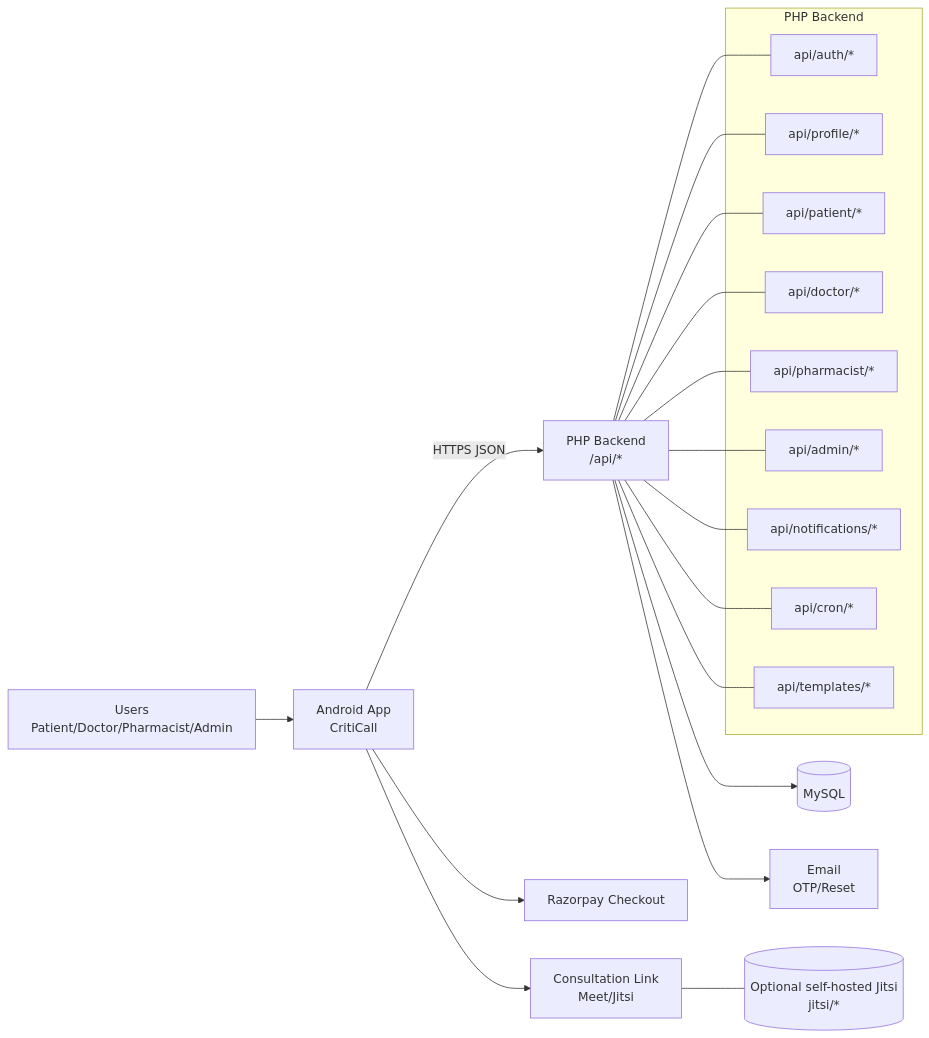
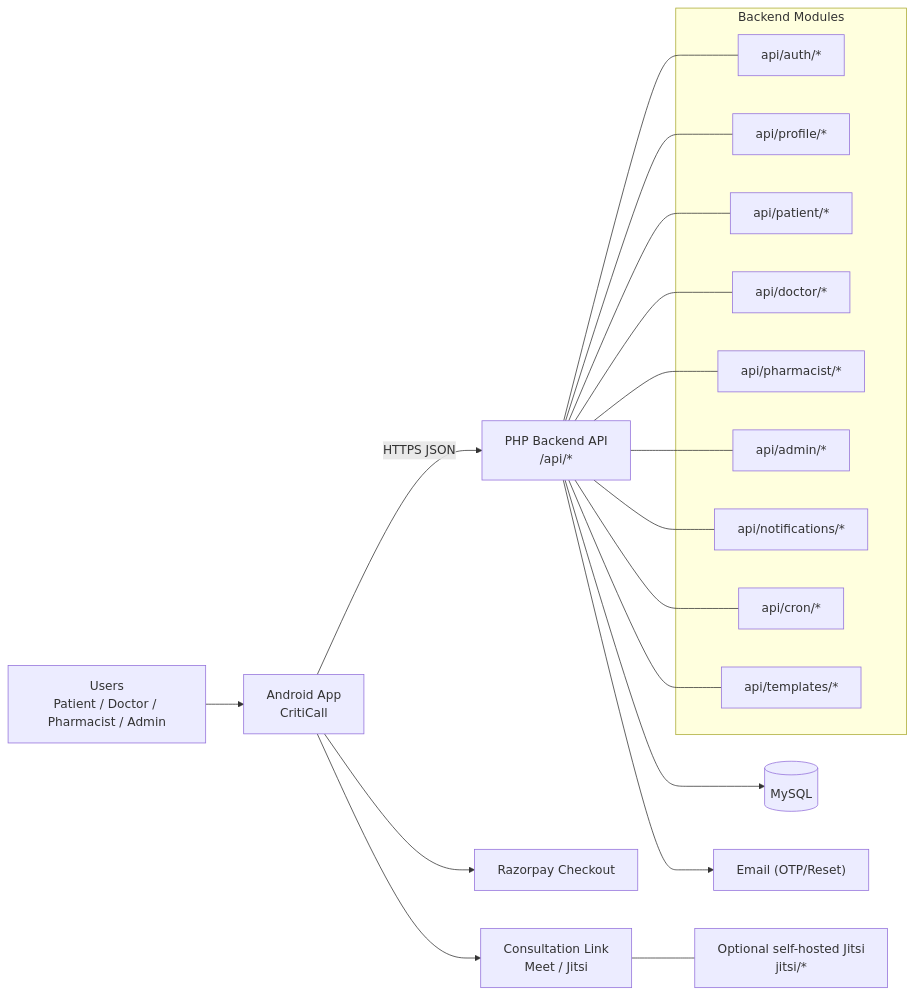
The diagram in README.md (shashank35i/criticall), drawn with Mermaid before and after one commit.

````diff
--- a/README.md
+++ b/README.md
@@ -102,33 +102,33 @@
 ```mermaid
 flowchart LR
-  U[Users\nPatient/Doctor/Pharmacist/Admin] --> AND[Android App\nCritiCall]
-  AND -->|HTTPS JSON| API[PHP Backend\n/api/*]
+  U["Users<br/>Patient / Doctor / Pharmacist / Admin"] --> AND["Android App<br/>CritiCall"]
+  AND -->|HTTPS JSON| API["PHP Backend API<br/>/api/*"]
   API --> DB[(MySQL)]
-  API --> MAIL[Email\nOTP/Reset]
-  AND --> PAY[Razorpay Checkout]
-  AND --> VC[Consultation Link\nMeet/Jitsi]
+  API --> MAIL["Email (OTP/Reset)"]
+  AND --> PAY["Razorpay Checkout"]
+  AND --> VC["Consultation Link<br/>Meet / Jitsi"]
 
-  subgraph Backend[PHP Backend]
-    AUTH[api/auth/*]
-    PROF[api/profile/*]
-    PAT[api/patient/*]
-    DOC[api/doctor/*]
-    PHAR[api/pharmacist/*]
-    ADM[api/admin/*]
-    NOTI[api/notifications/*]
-    CRON[api/cron/*]
-    TPL[api/templates/*]
+  subgraph BE["Backend Modules"]
+    AUTH["api/auth/*"]
+    PROF["api/profile/*"]
+    PAT["api/patient/*"]
+    DOC["api/doctor/*"]
+    PHAR["api/pharmacist/*"]
+    ADM["api/admin/*"]
+    NOTI["api/notifications/*"]
+    CRON["api/cron/*"]
+    TPL["api/templates/*"]
   end
 
   API --- AUTH
   API --- PROF
   API --- PAT
   API --- DOC
   API --- PHAR
   API --- ADM
   API --- NOTI
   API --- CRON
   API --- TPL
 
-  VC --- JITSI[(Optional self-hosted Jitsi\njitsi/*)]
+  VC --- JITSI["Optional self-hosted Jitsi<br/>jitsi/*"]
 ```
````
